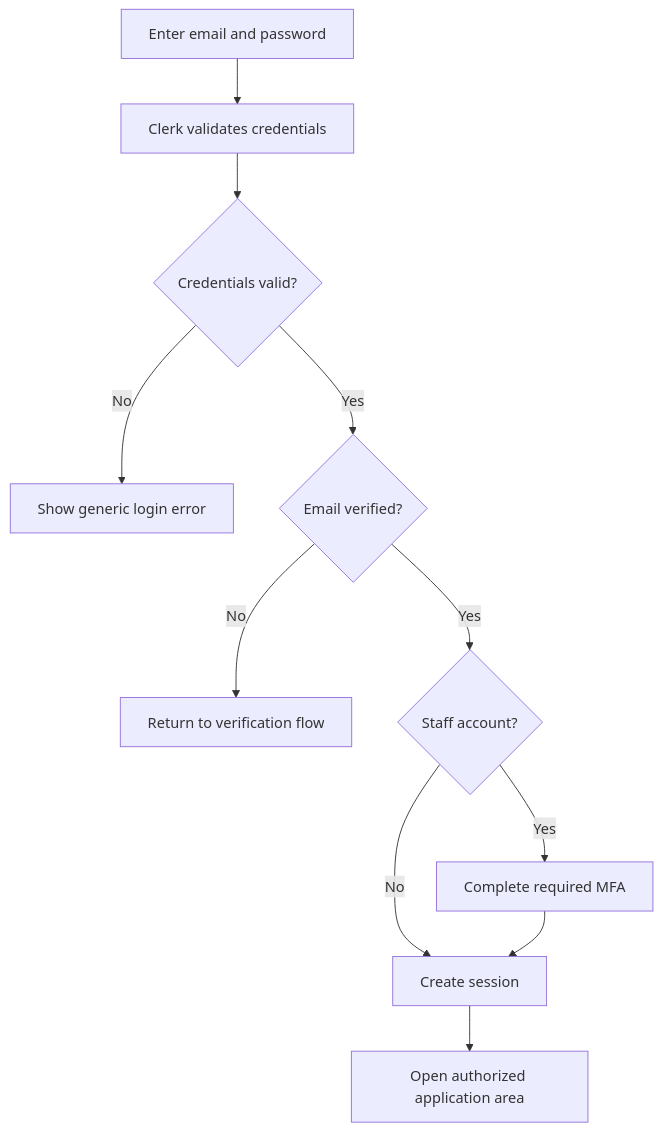
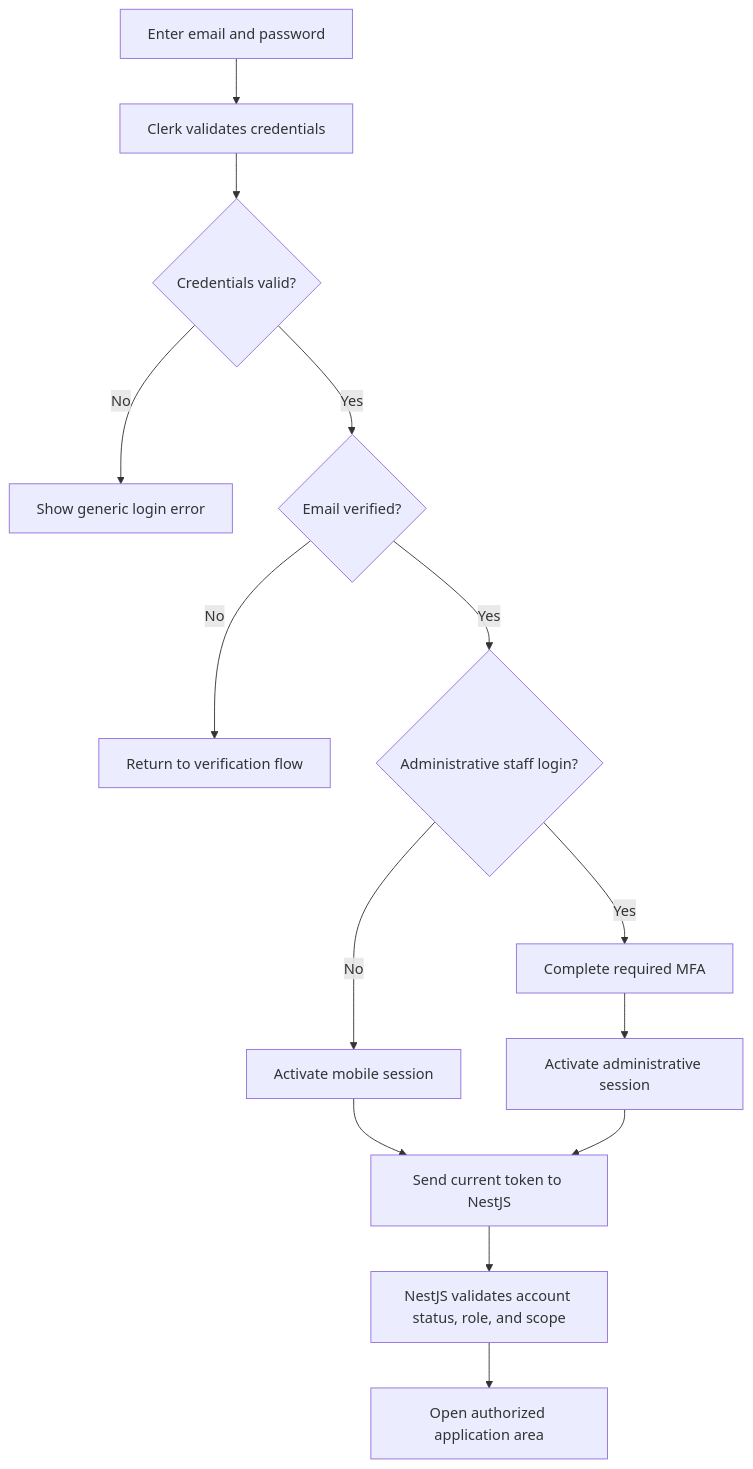
The second of 4 diagrams in documentation/architecture/TDA_Authentication_Authorization_Architecture.md (ernestosoto3/TDA), drawn with Mermaid before and after one commit. The commit also changed other lines of this file, not shown here.

Commit message:
[docs] : fixed Authentication and Architecture doc #26 (V)

````diff
--- a/documentation/architecture/TDA_Authentication_Authorization_Architecture.md
+++ b/documentation/architecture/TDA_Authentication_Authorization_Architecture.md
@@ -171,13 +197,16 @@
 ```mermaid
 flowchart TD
     A[Enter email and password] --> B[Clerk validates credentials]
     B --> C{Credentials valid?}
     C -->|No| D[Show generic login error]
     C -->|Yes| E{Email verified?}
     E -->|No| F[Return to verification flow]
-    E -->|Yes| G{Staff account?}
-    G -->|No| H[Create session]
+    E -->|Yes| G{Administrative staff login?}
+    G -->|No| H[Activate mobile session]
     G -->|Yes| I[Complete required MFA]
-    I --> H
-    H --> J[Open authorized application area]
+    I --> J[Activate administrative session]
+    H --> K[Send current token to NestJS]
+    J --> K
+    K --> L[NestJS validates account status, role, and scope]
+    L --> M[Open authorized application area]
 ```
````
